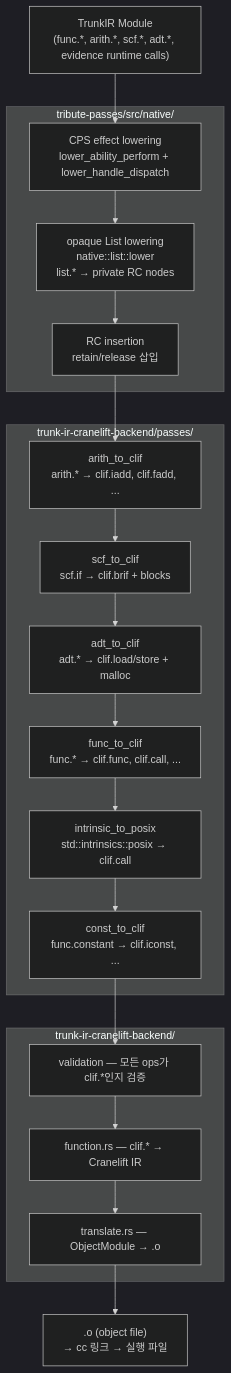
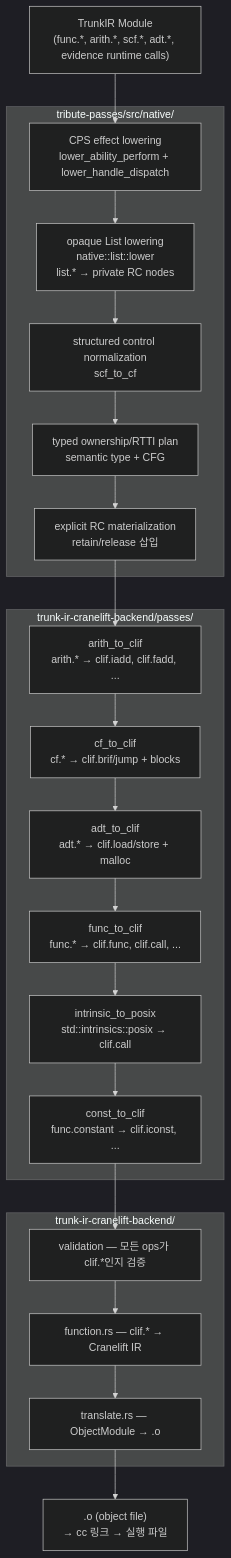
One commit to Kroisse/tribute changed the second of 2 diagrams in new-plans/cranelift-backend.md. Above: the diagram before and after it, drawn with Mermaid (dark theme). The commit also changed other lines of this file and 31 other files, not shown here.

First line of the commit message:
Build a typed native ownership and RTTI plan (#902)

````diff
--- a/new-plans/cranelift-backend.md
+++ b/new-plans/cranelift-backend.md
@@ -85,31 +85,33 @@
 ```mermaid
 flowchart TB
     input["TrunkIR Module\n(func.*, arith.*, scf.*, adt.*, evidence runtime calls)"]
 
     subgraph native_passes["tribute-passes/src/native/"]
         cont["CPS effect lowering\nlower_ability_perform + lower_handle_dispatch"]
         list_lower["opaque List lowering\nnative::list::lower\nlist.* → private RC nodes"]
-        rc_pass["RC insertion\nretain/release 삽입"]
+        cfg["structured control normalization\nscf_to_cf"]
+        rc_plan["typed ownership/RTTI plan\nsemantic type + CFG"]
+        rc_pass["explicit RC materialization\nretain/release 삽입"]
     end
 
     subgraph clif_passes["trunk-ir-cranelift-backend/passes/"]
         arith["arith_to_clif\narith.* → clif.iadd, clif.fadd, ..."]
-        scf["scf_to_clif\nscf.if → clif.brif + blocks"]
+        cf["cf_to_clif\ncf.* → clif.brif/jump + blocks"]
         adt["adt_to_clif\nadt.* → clif.load/store + malloc"]
         func["func_to_clif\nfunc.* → clif.func, clif.call, ..."]
         intrinsic["intrinsic_to_posix\nstd::intrinsics::posix → clif.call"]
         const_pass["const_to_clif\nfunc.constant → clif.iconst, ..."]
     end
 
     subgraph emit["trunk-ir-cranelift-backend/"]
         validate["validation — 모든 ops가 clif.*인지 검증"]
         codegen["function.rs — clif.* → Cranelift IR"]
         obj["translate.rs — ObjectModule → .o"]
     end
 
     output[".o (object file)\n→ cc 링크 → 실행 파일"]
 
-    input --> cont --> list_lower --> rc_pass
-    rc_pass --> arith --> scf --> adt --> func --> intrinsic --> const_pass
+    input --> cont --> list_lower --> cfg --> rc_plan --> rc_pass
+    rc_pass --> arith --> cf --> adt --> func --> intrinsic --> const_pass
     const_pass --> validate --> codegen --> obj --> output
 ```
````
